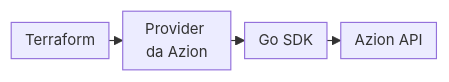
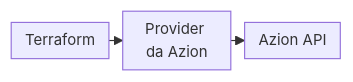
Before and after one commit to aziontech/docs: the diagram in apps/docs/src/content/docs/pt-br/pages/devtools/terraform/terraform.mdx, drawn with Mermaid. The commit also changed other lines of this file and 31 other files, not shown here.

````diff
--- a/apps/docs/src/content/docs/pt-br/pages/devtools/terraform/terraform.mdx
+++ b/apps/docs/src/content/docs/pt-br/pages/devtools/terraform/terraform.mdx
@@ -64,7 +64,6 @@
 ```mermaid
 %%{init: {"layout": "dagre", "themeVariables": {"fontSize": "13px"}, "flowchart": {"nodeSpacing": 12, "rankSpacing": 12, "padding": 6, "wrappingWidth": 70, "minNodeWidth": 40, "useMaxWidth": true}}}%%
 flowchart LR
   Tf["Terraform"] --> Prov["Provider da Azion"]
-  Prov --> Sdk["Go SDK"]
-  Sdk --> Api["Azion API"]
+  Prov --> Api["Azion API"]
 ```
````
